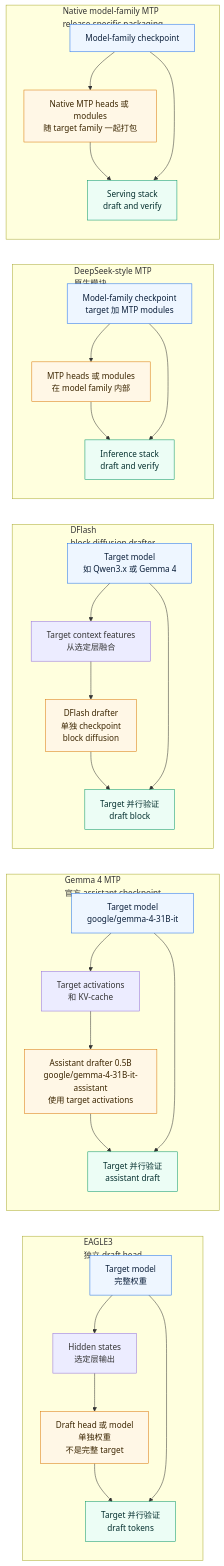
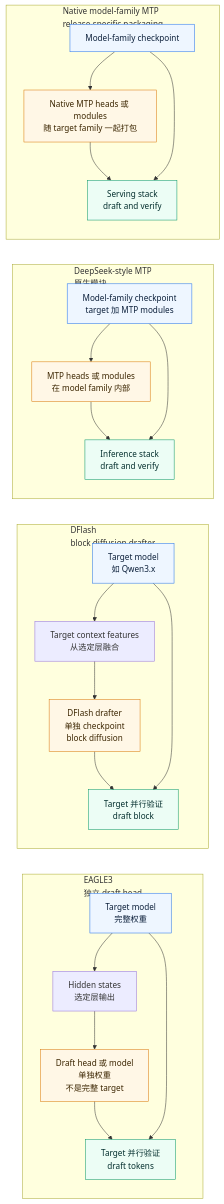
One commit to david-xinyuwei/david-share changed the second of 3 diagrams in Deep-Learning/Speculative-Decoding/README-CN.md. Above: the diagram before and after it, drawn with Mermaid. The commit also changed other lines of this file and 2 other files, not shown here.

First line of the commit message:
docs: remove Gemma references and refresh Speculative Decoding summary

````diff
--- a/Deep-Learning/Speculative-Decoding/README-CN.md
+++ b/Deep-Learning/Speculative-Decoding/README-CN.md
@@ -212,60 +209,49 @@
 ```mermaid
 flowchart LR
     subgraph E3["EAGLE3<br/>独立 draft head"]
         E3T["Target model<br/>完整权重"]
         E3H["Hidden states<br/>选定层输出"]
         E3D["Draft head 或 model<br/>单独权重<br/>不是完整 target"]
         E3V["Target 并行验证<br/>draft tokens"]
         E3T --> E3H
         E3H --> E3D
         E3D --> E3V
         E3T --> E3V
     end
 
-    subgraph G4["Gemma 4 MTP<br/>官方 assistant checkpoint"]
-        G4T["Target model<br/>google/gemma-4-31B-it"]
-        G4A["Target activations<br/>和 KV-cache"]
-        G4D["Assistant drafter 0.5B<br/>google/gemma-4-31B-it-assistant<br/>使用 target activations"]
-        G4V["Target 并行验证<br/>assistant draft"]
-        G4T --> G4A
-        G4A --> G4D
-        G4D --> G4V
-        G4T --> G4V
-    end
-
     subgraph DF["DFlash<br/>block diffusion drafter"]
-        DFT["Target model<br/>如 Qwen3.x 或 Gemma 4"]
+        DFT["Target model<br/>如 Qwen3.x"]
         DFF["Target context features<br/>从选定层融合"]
         DFD["DFlash drafter<br/>单独 checkpoint<br/>block diffusion"]
         DFV["Target 并行验证<br/>draft block"]
         DFT --> DFF
         DFF --> DFD
         DFD --> DFV
         DFT --> DFV
     end
 
     subgraph DS["DeepSeek-style MTP<br/>原生模块"]
         DST["Model-family checkpoint<br/>target 加 MTP modules"]
         DSH["MTP heads 或 modules<br/>在 model family 内部"]
         DSV["Inference stack<br/>draft and verify"]
         DST --> DSH
         DSH --> DSV
         DST --> DSV
     end
 
     subgraph NM["Native model-family MTP<br/>release-specific packaging"]
         NMT["Model-family checkpoint"]
         NMD["Native MTP heads 或 modules<br/>随 target family 一起打包"]
         NMV["Serving stack<br/>draft and verify"]
         NMT --> NMD
         NMD --> NMV
         NMT --> NMV
     end
 
     classDef target fill:#eef6ff,stroke:#1f6feb,color:#0b1f3a
     classDef drafter fill:#fff7e6,stroke:#d97706,color:#3b2500
     classDef verify fill:#ecfdf5,stroke:#059669,color:#042f2e
-    class E3T,G4T,DFT,DST,NMT target
-    class E3D,G4D,DFD,DSH,NMD drafter
-    class E3V,G4V,DFV,DSV,NMV verify
+    class E3T,DFT,DST,NMT target
+    class E3D,DFD,DSH,NMD drafter
+    class E3V,DFV,DSV,NMV verify
 ```
````
